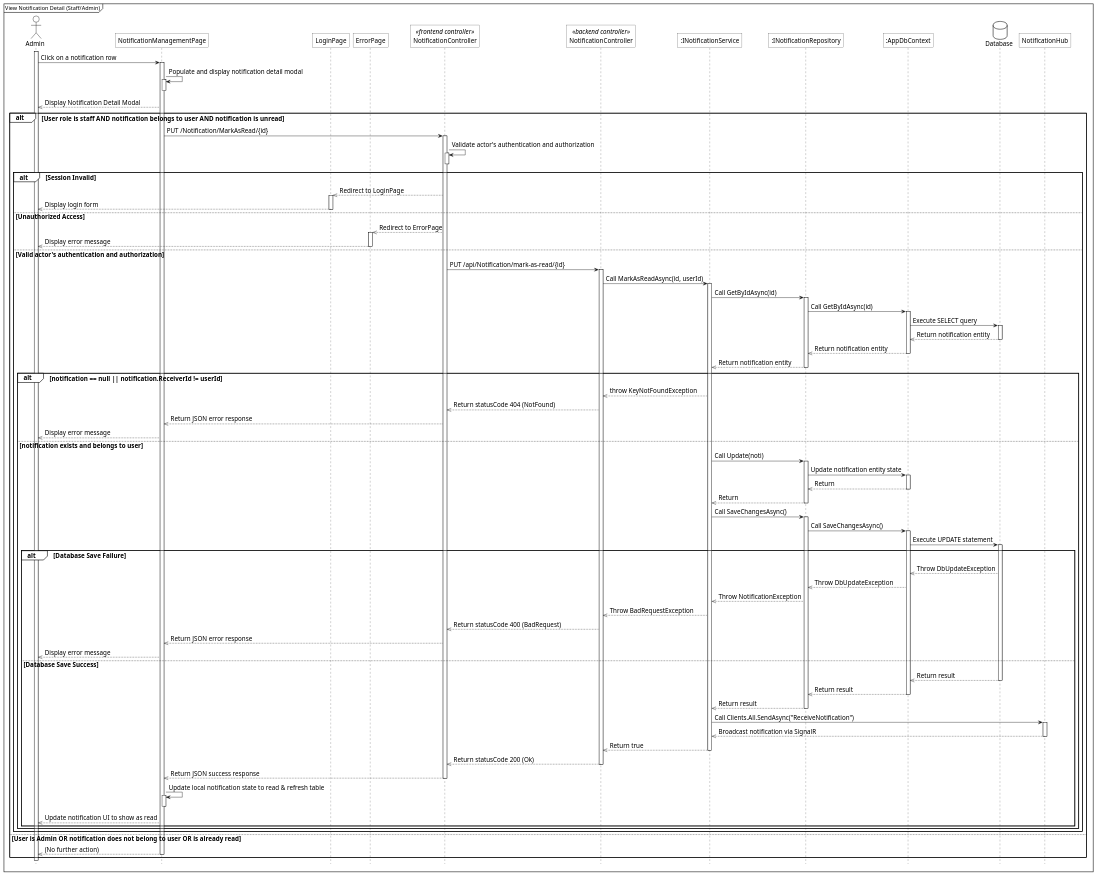
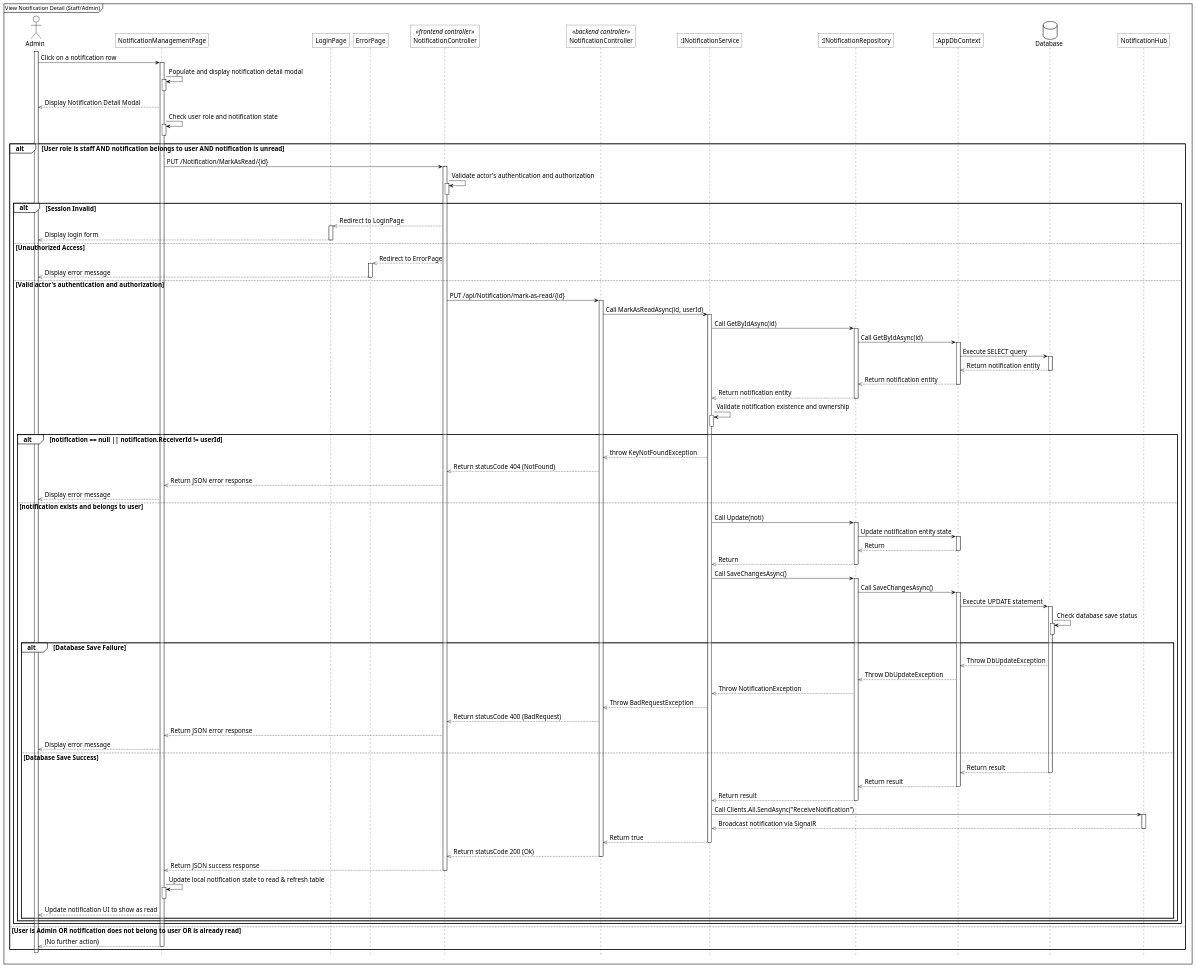
Before and after one commit to 1000do/Linked: the diagram in diagrams/sequence/notification/sq_view_notification_detail_admin.plantuml, drawn with PlantUML. The commit also changed 19 other files, not shown here.

Commit message:
docs: add plantuml sequence diagrams for chat, notification, instructor application, and cart workflows

```diff
--- a/diagrams/sequence/notification/sq_view_notification_detail_admin.plantuml
+++ b/diagrams/sequence/notification/sq_view_notification_detail_admin.plantuml
@@ -1,126 +1,135 @@
 @startuml
 <style>
     sequenceDiagram{
         FontSize 16
 
         arrow {
             ' Set the maximum width of the text on arrows
             MaximumWidth 300
 
         }
         actor{
             BackgroundColor white
             LineThickness 1.0
         }
         participant{
             BackgroundColor white
             RoundCorner 0
         }
         database{
             BackgroundColor white
         }
         groupHeader{
             BackgroundColor white
         }
         referenceHeader{
             BackgroundColor white
         }
         reference{
             BackgroundColor white
         }
     }
 </style>
 
 hide footbox
 
 mainframe View Notification Detail (Staff/Admin)
 
 actor Admin as act
 participant "NotificationManagementPage" as view
 participant "LoginPage" as login_view
 participant "ErrorPage" as error_page
 participant "NotificationController" as fe_ctrl <<frontend controller>>
 participant "NotificationController" as be_ctrl <<backend controller>>
 participant ":INotificationService" as sv
 participant ":INotificationRepository" as repo
 participant ":AppDbContext" as ctx
 database Database as db
 participant "NotificationHub" as hub
 
 act++
 act->view++: Click on a notification row
 view->view++: Populate and display notification detail modal
 view--
 view-->>act: Display Notification Detail Modal
 
+view -> view++: Check user role and notification state
+view--
+
 alt User role is staff AND notification belongs to user AND notification is unread
     view->fe_ctrl++: PUT /Notification/MarkAsRead/{id}
     
     fe_ctrl -> fe_ctrl++: Validate actor's authentication and authorization
     fe_ctrl--
     
     alt Session Invalid
         fe_ctrl -->> login_view: Redirect to LoginPage
         activate login_view
         login_view -->> act--: Display login form
     else Unauthorized Access
         fe_ctrl -->> error_page: Redirect to ErrorPage
         activate error_page
         error_page -->> act--: Display error message
     else Valid actor's authentication and authorization
         fe_ctrl->be_ctrl++: PUT /api/Notification/mark-as-read/{id}
         
         be_ctrl->sv++: Call MarkAsReadAsync(id, userId)
     sv->repo++: Call GetByIdAsync(id)
     repo->ctx++: Call GetByIdAsync(id)
     ctx->db++: Execute SELECT query
     db-->>ctx--: Return notification entity
     ctx-->>repo--: Return notification entity
     repo-->>sv--: Return notification entity
     
+    sv -> sv++: Validate notification existence and ownership
+    sv--
+    
     alt notification == null || notification.ReceiverId != userId
         sv-->>be_ctrl: throw KeyNotFoundException
         be_ctrl-->>fe_ctrl: Return statusCode 404 (NotFound)
         fe_ctrl-->>view: Return JSON error response
         view-->>act: Display error message
     else notification exists and belongs to user
         sv->repo++: Call Update(noti)
         repo->ctx++: Update notification entity state
         ctx-->>repo--: Return
         repo-->>sv--: Return
         
         sv->repo++: Call SaveChangesAsync()
         repo->ctx++: Call SaveChangesAsync()
         ctx->db++: Execute UPDATE statement
+        
+        db -> db++: Check database save status
+        db--
         
         alt Database Save Failure
             db-->>ctx: Throw DbUpdateException
             ctx-->>repo: Throw DbUpdateException
             repo-->>sv: Throw NotificationException
             sv-->>be_ctrl: Throw BadRequestException
             be_ctrl-->>fe_ctrl: Return statusCode 400 (BadRequest)
             fe_ctrl-->>view: Return JSON error response
             view-->>act: Display error message
         else Database Save Success
             db-->>ctx--: Return result
             ctx-->>repo--: Return result
             repo-->>sv--: Return result
             
             sv->hub++: Call Clients.All.SendAsync("ReceiveNotification")
             hub-->>sv: Broadcast notification via SignalR
             hub--
             
             sv-->>be_ctrl--: Return true
             be_ctrl-->>fe_ctrl--: Return statusCode 200 (Ok)
             fe_ctrl-->>view--: Return JSON success response
             view->view++: Update local notification state to read & refresh table
             view--
             view-->>act: Update notification UI to show as read
         end
     end
 end
 else User is Admin OR notification does not belong to user OR is already read
     view-->>act--: (No further action)
 end
 
 @enduml
```
